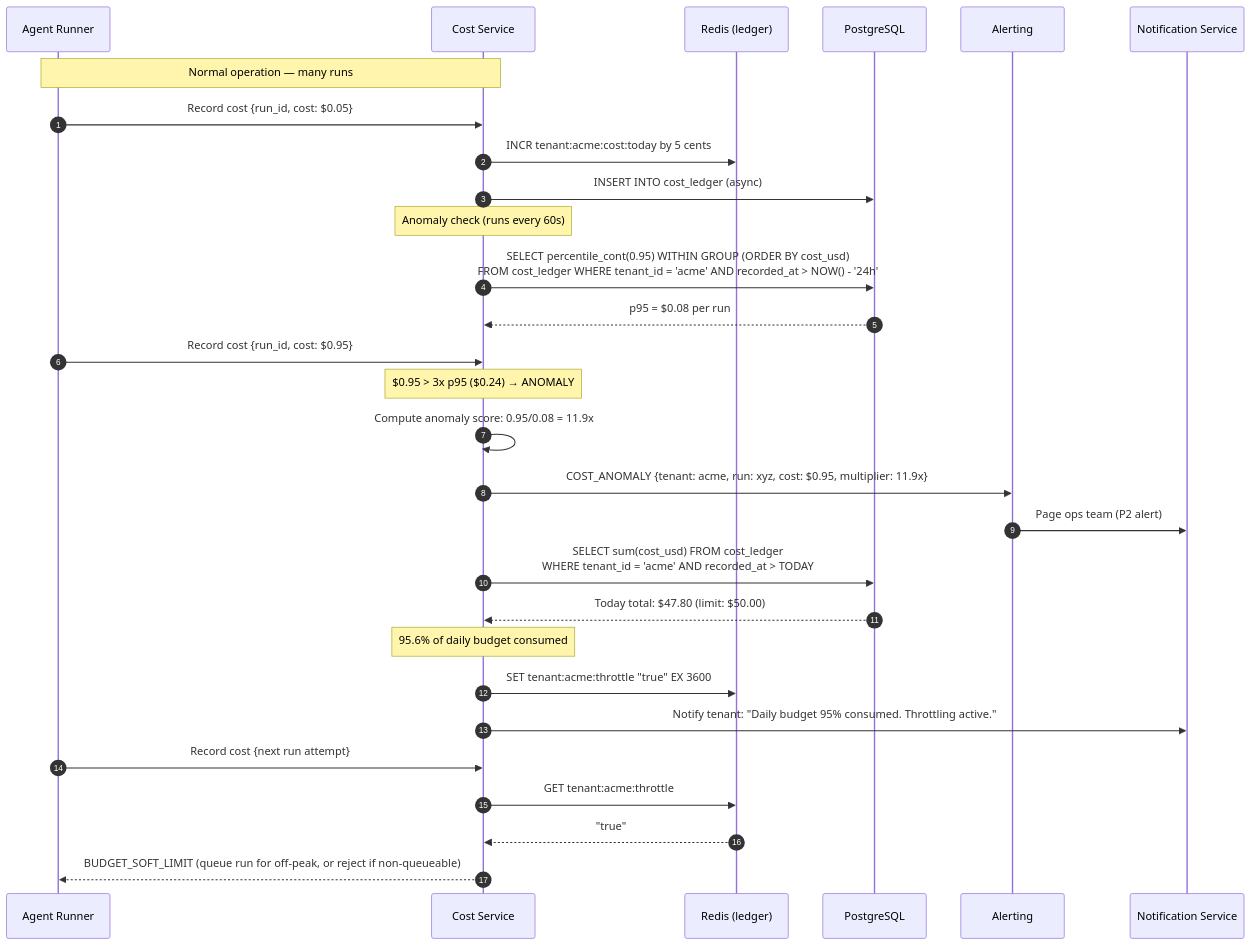
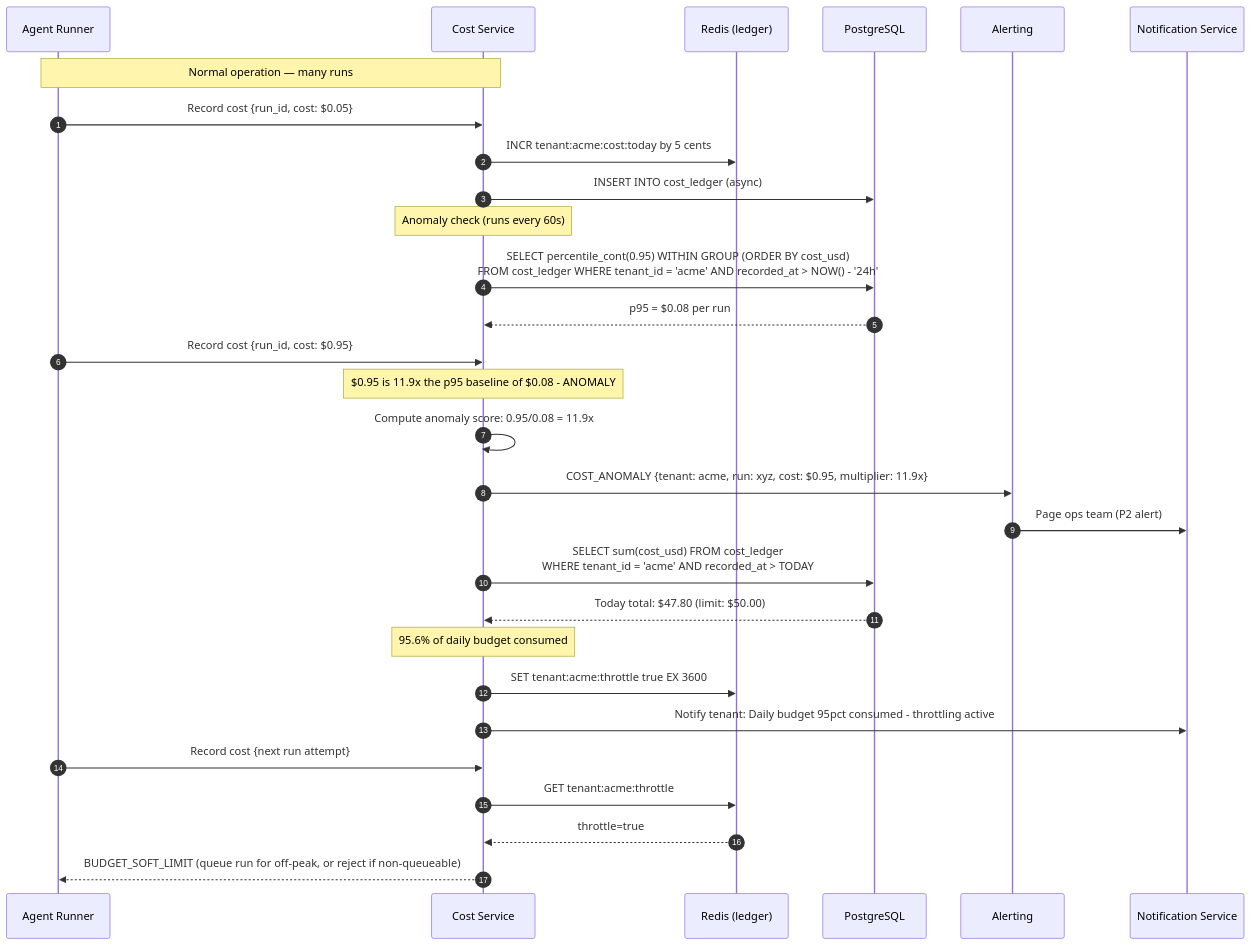
Before and after one commit to GVijay456/Test: diagram 17 of 18 in SEQUENCE_DIAGRAMS.md, drawn with Mermaid. The commit also changed other lines of this file and 1 other file, not shown here.

First line of the commit message:
Fix Mermaid sequence diagram rendering issues

````diff
--- a/SEQUENCE_DIAGRAMS.md
+++ b/SEQUENCE_DIAGRAMS.md
@@ -925,39 +922,39 @@
 ```mermaid
 sequenceDiagram
     autonumber
     participant AR as Agent Runner
     participant CS as Cost Service
     participant RD as Redis (ledger)
     participant DB as PostgreSQL
     participant AL as Alerting
     participant NS as Notification Service
 
     Note over AR,CS: Normal operation — many runs
     AR->>CS: Record cost {run_id, cost: $0.05}
     CS->>RD: INCR tenant:acme:cost:today by 5 cents
     CS->>DB: INSERT INTO cost_ledger (async)
 
     Note over CS: Anomaly check (runs every 60s)
     CS->>DB: SELECT percentile_cont(0.95) WITHIN GROUP (ORDER BY cost_usd)<br/>FROM cost_ledger WHERE tenant_id = 'acme' AND recorded_at > NOW() - '24h'
     DB-->>CS: p95 = $0.08 per run
 
     AR->>CS: Record cost {run_id, cost: $0.95}
-    Note over CS: $0.95 > 3x p95 ($0.24) → ANOMALY
+    Note over CS: $0.95 is 11.9x the p95 baseline of $0.08 - ANOMALY
 
     CS->>CS: Compute anomaly score: 0.95/0.08 = 11.9x
 
     CS->>AL: COST_ANOMALY {tenant: acme, run: xyz, cost: $0.95, multiplier: 11.9x}
     AL->>NS: Page ops team (P2 alert)
 
     CS->>DB: SELECT sum(cost_usd) FROM cost_ledger<br/>WHERE tenant_id = 'acme' AND recorded_at > TODAY
     DB-->>CS: Today total: $47.80 (limit: $50.00)
 
     Note over CS: 95.6% of daily budget consumed
-    CS->>RD: SET tenant:acme:throttle "true" EX 3600
-    CS->>NS: Notify tenant: "Daily budget 95% consumed. Throttling active."
+    CS->>RD: SET tenant:acme:throttle true EX 3600
+    CS->>NS: Notify tenant: Daily budget 95pct consumed - throttling active
 
     AR->>CS: Record cost {next run attempt}
     CS->>RD: GET tenant:acme:throttle
-    RD-->>CS: "true"
+    RD-->>CS: throttle=true
     CS-->>AR: BUDGET_SOFT_LIMIT (queue run for off-peak, or reject if non-queueable)
 ```
````
